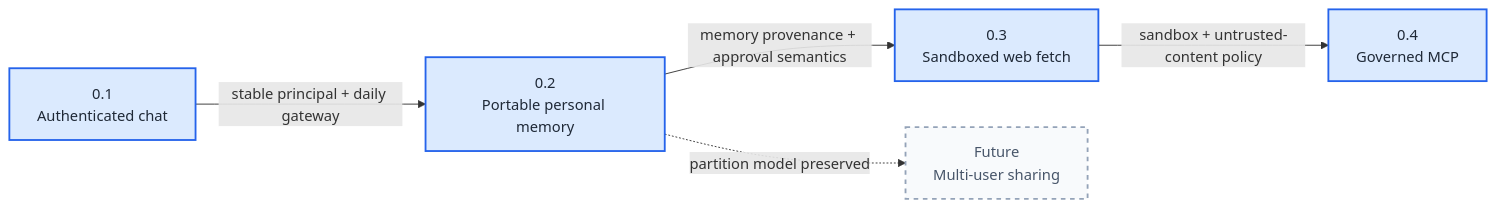
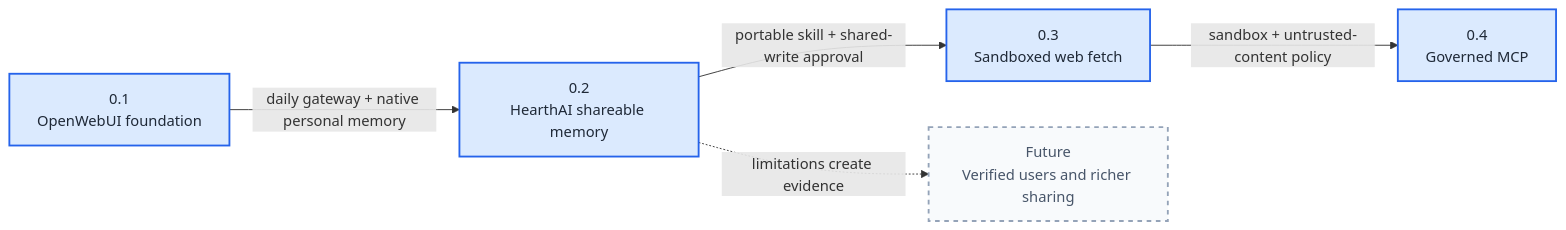
Before and after one commit to jokajak/hearthai: the diagram in docs/superpowers/specs/2026-08-30-capability-roadmap-design.md, drawn with Mermaid. The commit also changed other lines of this file and 5 other files, not shown here.

Commit message:
Refine HearthAI capability roadmap

````diff
--- a/docs/superpowers/specs/2026-08-30-capability-roadmap-design.md
+++ b/docs/superpowers/specs/2026-08-30-capability-roadmap-design.md
@@ -275,18 +291,18 @@
 ```mermaid
 flowchart LR
-    V01["0.1<br/>Authenticated chat"]
-    V02["0.2<br/>Portable personal memory"]
+    V01["0.1<br/>OpenWebUI foundation"]
+    V02["0.2<br/>HearthAI shareable memory"]
     V03["0.3<br/>Sandboxed web fetch"]
     V04["0.4<br/>Governed MCP"]
-    FUTURE["Future<br/>Multi-user sharing"]
+    FUTURE["Future<br/>Verified users and richer sharing"]
 
-    V01 -->|stable principal + daily gateway| V02
-    V02 -->|memory provenance + approval semantics| V03
+    V01 -->|daily gateway + native personal memory| V02
+    V02 -->|portable skill + shared-write approval| V03
     V03 -->|sandbox + untrusted-content policy| V04
-    V02 -. "partition model preserved" .-> FUTURE
+    V02 -. "limitations create evidence" .-> FUTURE
 
-    classDef current fill:#dbeafe,stroke:#2563eb,stroke-width:2px,color:#1f2937
+    classDef planned fill:#dbeafe,stroke:#2563eb,stroke-width:2px,color:#1f2937
     classDef deferred fill:#f8fafc,stroke:#94a3b8,stroke-width:2px,stroke-dasharray:5 5,color:#475569
-    class V01,V02,V03,V04 current
+    class V01,V02,V03,V04 planned
     class FUTURE deferred
 ```
````
